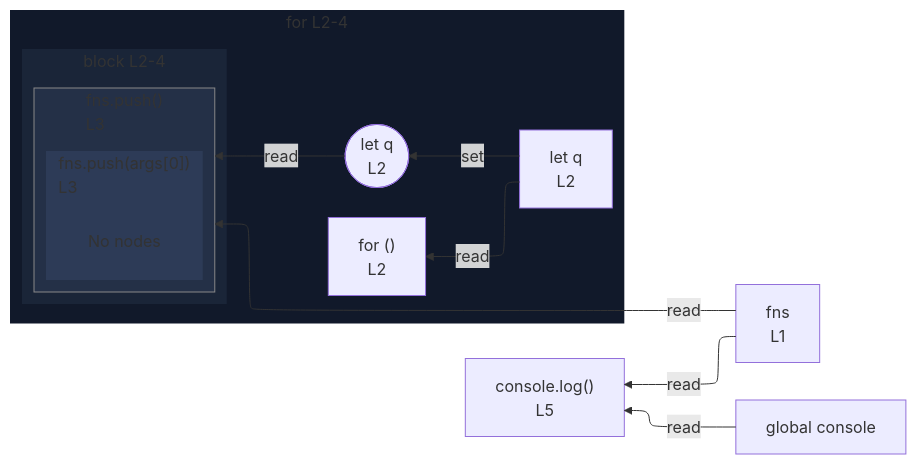
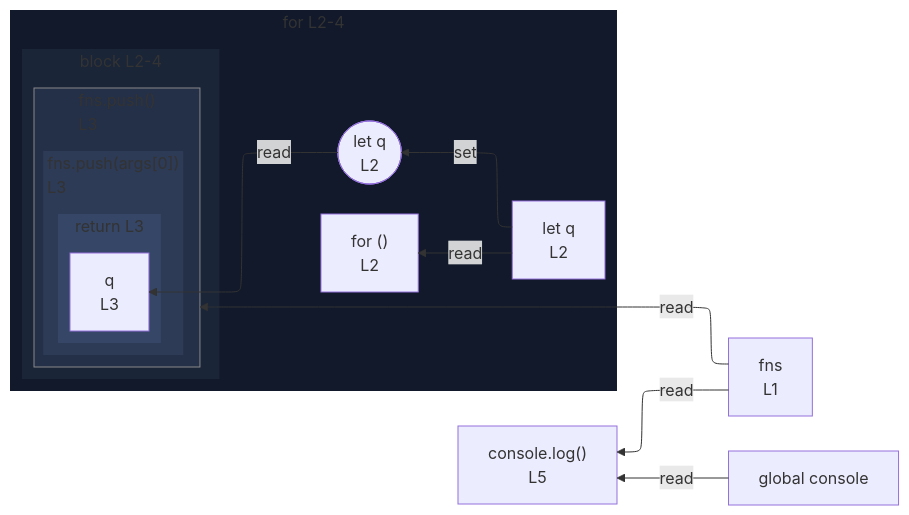
The diagram in integration/fixtures/iteration-statement/classic-for/closure-let-binding/preview.md (crescware/unsnarl), drawn with Mermaid before and after one commit. The commit also changed 105 other files, not shown here.

````diff
--- a/integration/fixtures/iteration-statement/classic-for/closure-let-binding/preview.md
+++ b/integration/fixtures/iteration-statement/classic-for/closure-let-binding/preview.md
@@ -15,41 +15,44 @@
 ```mermaid
 %%{init: {"flowchart": {"defaultRenderer": "elk"}}}%%
 flowchart RL
   n_scope_0_fns_6["fns<br/>L1"]
   n_scope_0_console_87["global console"]
   subgraph s_scope_1["for L2-4"]
     direction RL
     for_test_scope_0_34["for ()<br/>L2"]
     n_scope_1_q_43["let q<br/>L2"]
     wr_ref_3(["let q<br/>L2"])
     subgraph s_scope_2["block L2-4"]
       direction RL
       subgraph expr_stmt_66["fns.push()<br/>L3"]
         direction RL
         subgraph s_scope_3["fns.push(args[0])<br/>L3"]
           direction RL
-          elk_empty_s_scope_3["No nodes"]
+          subgraph s_return_scope_3_81_82["return L3"]
+            direction RL
+            ret_use_ref_5["q<br/>L3"]
+          end
         end
       end
     end
   end
   n_scope_1_q_43 -->|set| wr_ref_3
   n_scope_1_q_43 -->|read| for_test_scope_0_34
   n_scope_0_fns_6 -->|read| expr_stmt_66
-  wr_ref_3 -->|read| expr_stmt_66
+  wr_ref_3 -->|read| ret_use_ref_5
   n_scope_0_console_87 -->|read| expr_stmt_87
   n_scope_0_fns_6 -->|read| expr_stmt_87
   expr_stmt_87["console.log()<br/>L5"]
   classDef nestL1 fill:#11192a,stroke:transparent;
   class s_scope_1 nestL1;
   classDef nestL2 fill:#1a2538,stroke:transparent;
   class s_scope_2 nestL2;
   classDef nestL3 fill:#243047,stroke:transparent;
   class expr_stmt_66 nestL3;
   classDef nestL4 fill:#2d3b57,stroke:transparent;
   class s_scope_3 nestL4;
+  classDef nestL5 fill:#364666,stroke:transparent;
+  class s_return_scope_3_81_82 nestL5;
   classDef edgeTargetSubgraph stroke:#888;
   class expr_stmt_66 edgeTargetSubgraph;
-  classDef elkEmptyPlaceholder fill:transparent,stroke:transparent;
-  class elk_empty_s_scope_3 elkEmptyPlaceholder;
 ```
````
